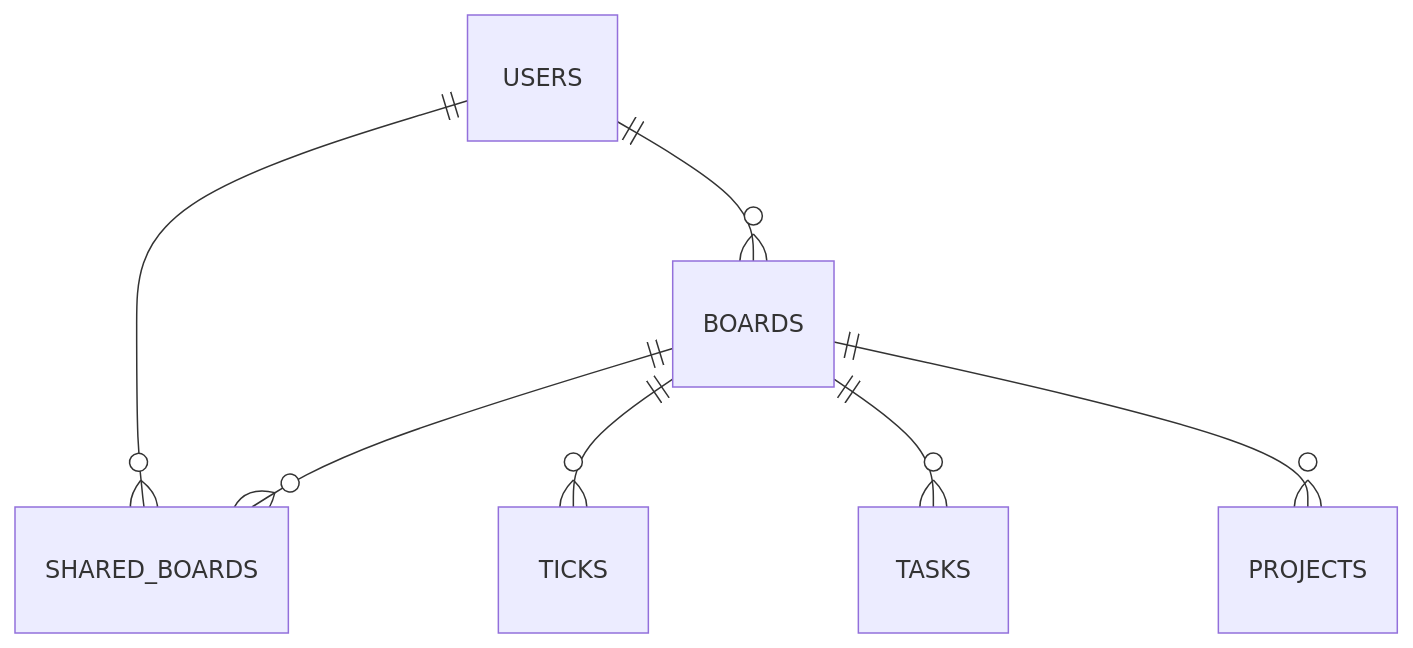
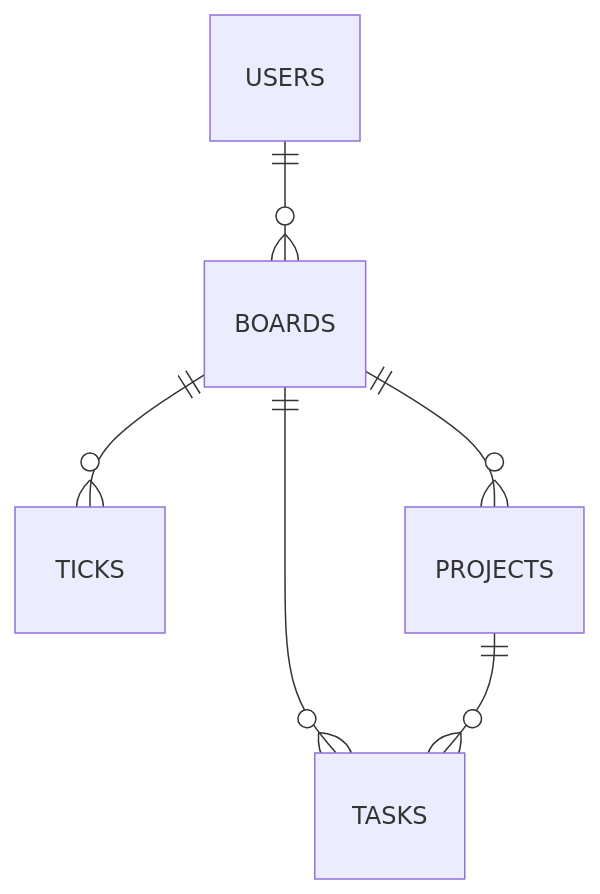
Before and after one commit to lmckinley09/CoE-Todo: the diagram in README.md, drawn with Mermaid.

````diff
--- a/README.md
+++ b/README.md
@@ -35,9 +35,8 @@
 ```mermaid
 erDiagram
  USERS ||--o{ BOARDS : ""
- USERS ||--o{ SHARED_BOARDS : ""
- BOARDS ||--o{ SHARED_BOARDS : ""
  BOARDS ||--o{ TICKS : ""
  BOARDS ||--o{ TASKS : ""
  BOARDS ||--o{ PROJECTS : ""
+ PROJECTS ||--o{ TASKS : ""
 ```
````
